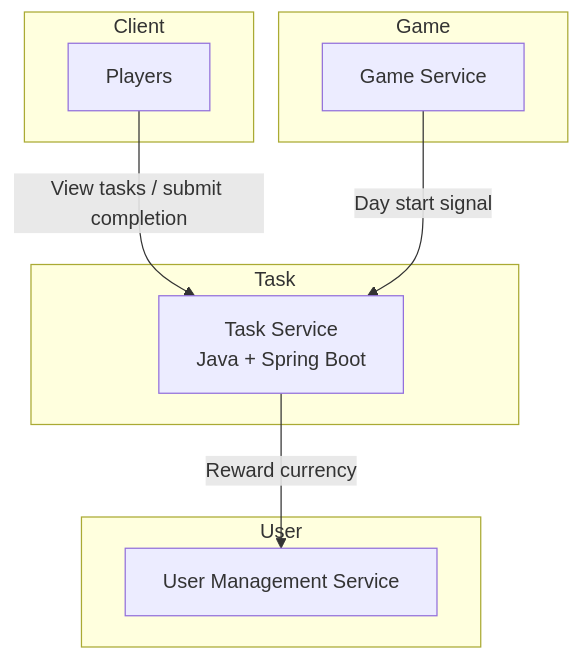
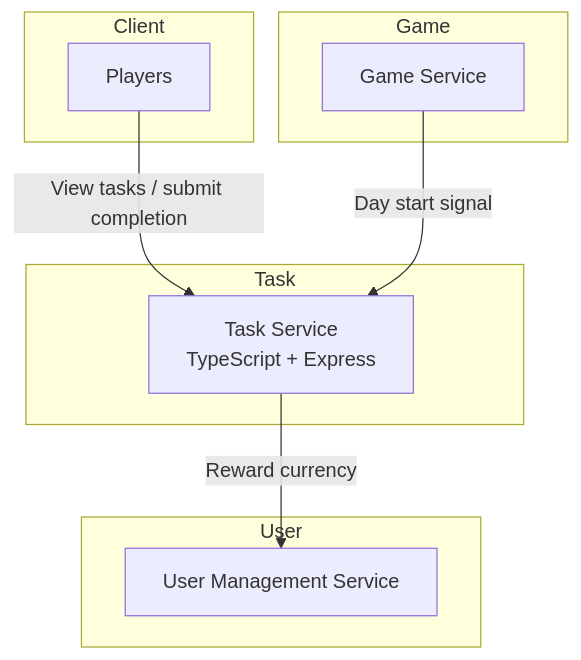
The seventh of 10 diagrams in README.md (Flexksx/distributed_mafia_platform), drawn with Mermaid before and after one commit. The commit also changed other lines of this file, not shown here.

Commit message:
Update Voting Service section inside the README

````diff
--- a/README.md
+++ b/README.md
@@ -1454,22 +1490,22 @@
 ```mermaid
 flowchart TD
   subgraph Client
     P[Players]
   end
 
   subgraph Game
     G[Game Service]
   end
 
   subgraph Task
-    T[Task Service <br/> Java + Spring Boot]
+    T[Task Service <br/> TypeScript + Express]
   end
 
   subgraph User
     U[User Management Service]
   end
 
   P -->|View tasks / submit completion| T
   G -->|Day start signal| T
   T -->|Reward currency| U
 ```
````
